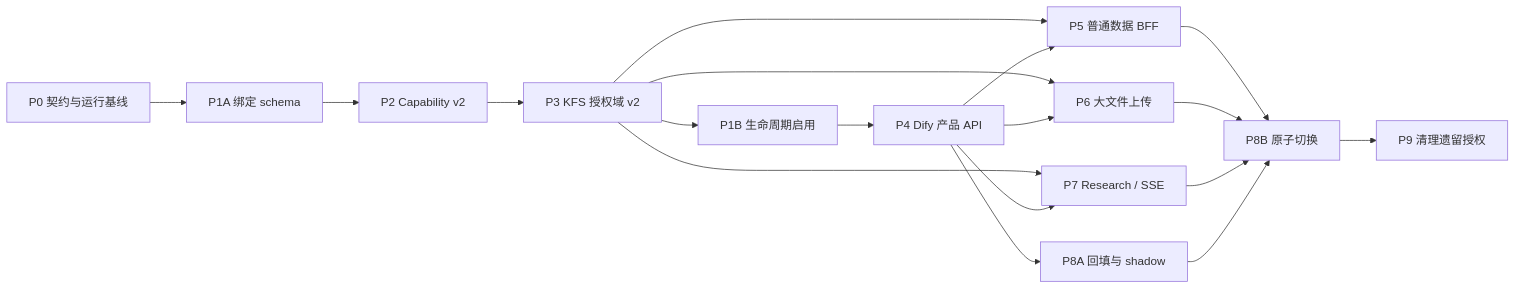
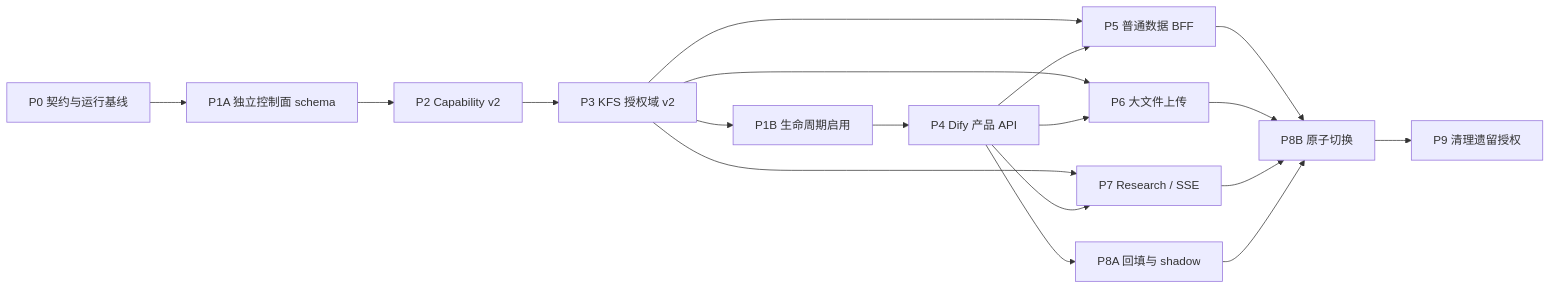
One commit to systemvanta/dify-system changed the second of 2 diagrams in docs/design/knowledge-fs-dify-integration-execution-plan.md. Above: the diagram before and after it, drawn with Mermaid. The commit also changed other lines of this file, not shown here.

````diff
--- a/docs/design/knowledge-fs-dify-integration-execution-plan.md
+++ b/docs/design/knowledge-fs-dify-integration-execution-plan.md
@@ -521,20 +537,20 @@
 ```mermaid
 flowchart LR
-    P0["P0 契约与运行基线"] --> P1A["P1A 绑定 schema"]
+    P0["P0 契约与运行基线"] --> P1A["P1A 独立控制面 schema"]
     P1A --> P2["P2 Capability v2"]
     P2 --> P3["P3 KFS 授权域 v2"]
     P3 --> P1B["P1B 生命周期启用"]
     P1B --> P4["P4 Dify 产品 API"]
     P3 --> P5["P5 普通数据 BFF"]
     P4 --> P5
     P4 --> P8A["P8A 回填与 shadow"]
     P3 --> P6["P6 大文件上传"]
     P4 --> P6
     P3 --> P7["P7 Research / SSE"]
     P4 --> P7
     P5 --> P8B["P8B 原子切换"]
     P6 --> P8B
     P7 --> P8B
     P8A --> P8B
     P8B --> P9["P9 清理遗留授权"]
 ```
````
